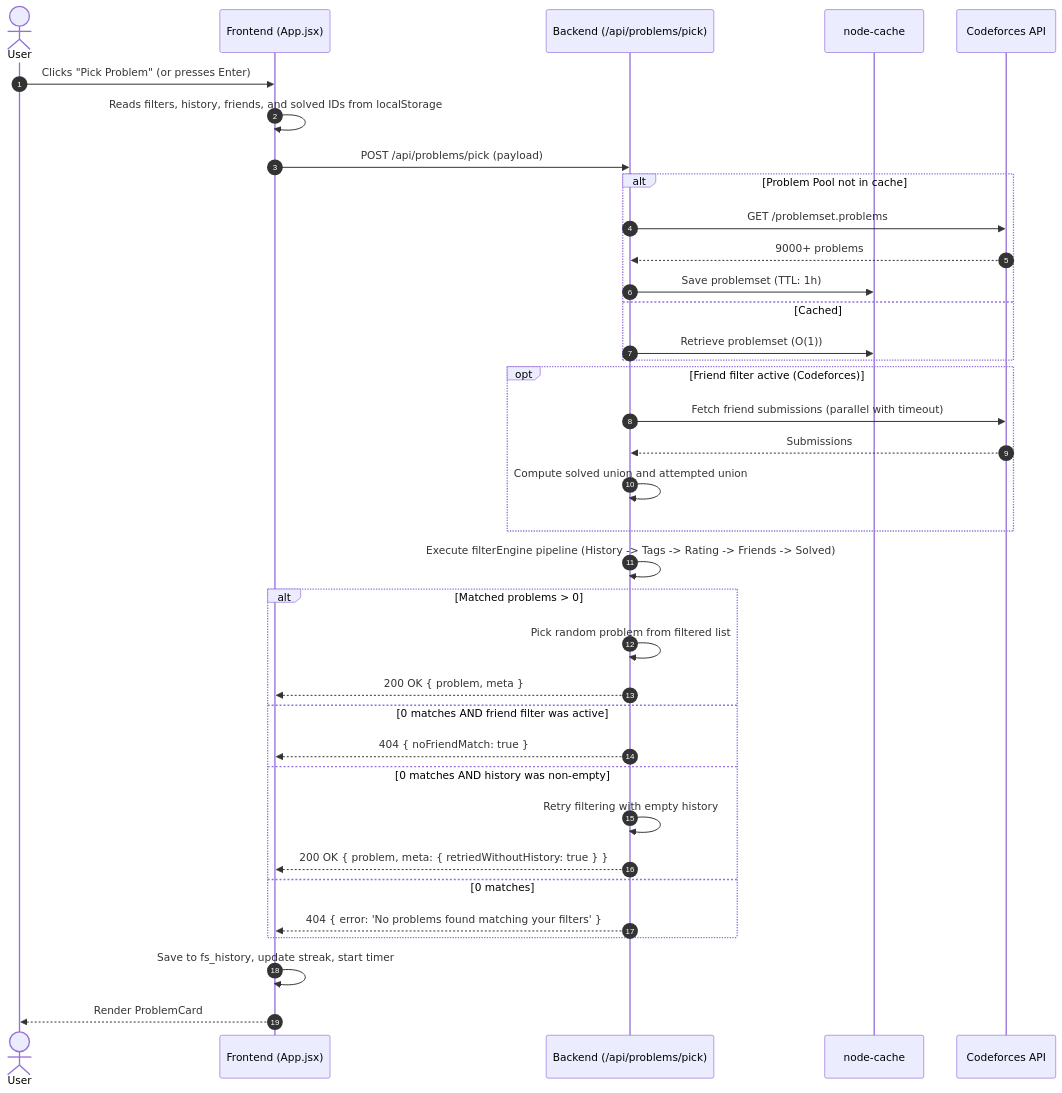
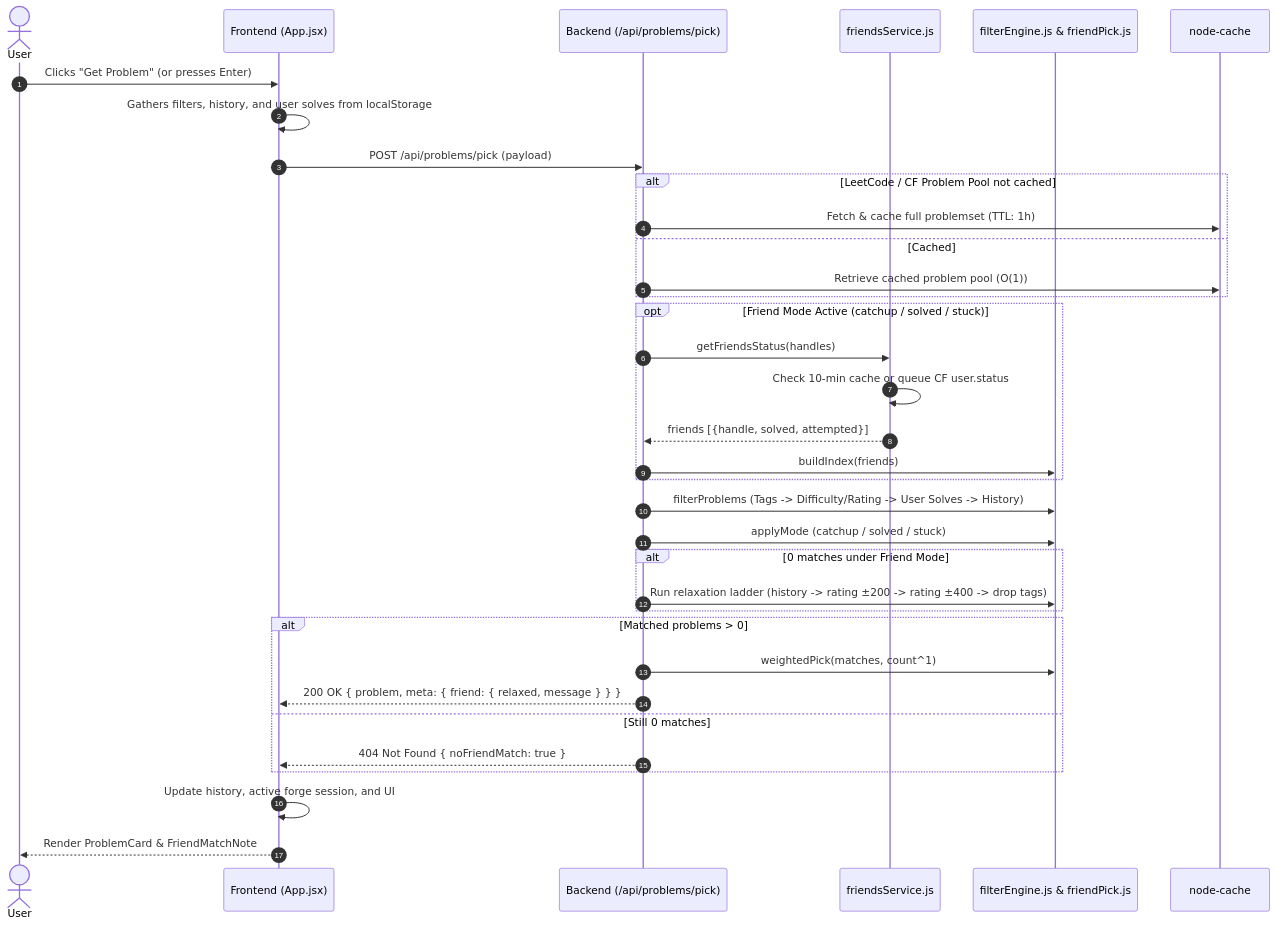
One commit to PranshuPujara/ForgeSolve changed the second of 2 diagrams in docs/ARCHITECTURE.md. Above: the diagram before and after it, drawn with Mermaid. The commit also changed other lines of this file and 5 other files, not shown here.

First line of the commit message:
docs: comprehensive update for friend-pick, LeetCode live API, solve checker, and CI

````diff
--- a/docs/ARCHITECTURE.md
+++ b/docs/ARCHITECTURE.md
@@ -76,44 +87,44 @@
 ```mermaid
 sequenceDiagram
     autonumber
     actor User
     participant Frontend as Frontend (App.jsx)
     participant Backend as Backend (/api/problems/pick)
+    participant FriendsSvc as friendsService.js
+    participant Engine as filterEngine.js & friendPick.js
     participant Cache as node-cache
-    participant CF as Codeforces API
 
-    User->>Frontend: Clicks "Pick Problem" (or presses Enter)
-    Frontend->>Frontend: Reads filters, history, friends, and solved IDs from localStorage
+    User->>Frontend: Clicks "Get Problem" (or presses Enter)
+    Frontend->>Frontend: Gathers filters, history, and user solves from localStorage
     Frontend->>Backend: POST /api/problems/pick (payload)
 
-    alt Problem Pool not in cache
-        Backend->>CF: GET /problemset.problems
-        CF-->>Backend: 9000+ problems
-        Backend->>Cache: Save problemset (TTL: 1h)
+    alt LeetCode / CF Problem Pool not cached
+        Backend->>Cache: Fetch & cache full problemset (TTL: 1h)
     else Cached
-        Backend->>Cache: Retrieve problemset (O(1))
+        Backend->>Cache: Retrieve cached problem pool (O(1))
     end
 
-    opt Friend filter active (Codeforces)
-        Backend->>CF: Fetch friend submissions (parallel with timeout)
-        CF-->>Backend: Submissions
-        Backend->>Backend: Compute solved union and attempted union
+    opt Friend Mode Active (catchup / solved / stuck)
+        Backend->>FriendsSvc: getFriendsStatus(handles)
+        FriendsSvc->>FriendsSvc: Check 10-min cache or queue CF user.status
+        FriendsSvc-->>Backend: friends [{handle, solved, attempted}]
+        Backend->>Engine: buildIndex(friends)
     end
 
-    Backend->>Backend: Execute filterEngine pipeline (History -> Tags -> Rating -> Friends -> Solved)
+    Backend->>Engine: filterProblems (Tags -> Difficulty/Rating -> User Solves -> History)
+    Backend->>Engine: applyMode (catchup / solved / stuck)
+
+    alt 0 matches under Friend Mode
+        Backend->>Engine: Run relaxation ladder (history -> rating ±200 -> rating ±400 -> drop tags)
+    end
 
     alt Matched problems > 0
-        Backend->>Backend: Pick random problem from filtered list
-        Backend-->>Frontend: 200 OK { problem, meta }
-    else 0 matches AND friend filter was active
-        Backend-->>Frontend: 404 { noFriendMatch: true }
-    else 0 matches AND history was non-empty
-        Backend->>Backend: Retry filtering with empty history
-        Backend-->>Frontend: 200 OK { problem, meta: { retriedWithoutHistory: true } }
-    else 0 matches
-        Backend-->>Frontend: 404 { error: 'No problems found matching your filters' }
+        Backend->>Engine: weightedPick(matches, count^1)
+        Backend-->>Frontend: 200 OK { problem, meta: { friend: { relaxed, message } } }
+    else Still 0 matches
+        Backend-->>Frontend: 404 Not Found { noFriendMatch: true }
     end
 
-    Frontend->>Frontend: Save to fs_history, update streak, start timer
-    Frontend-->>User: Render ProblemCard
+    Frontend->>Frontend: Update history, active forge session, and UI
+    Frontend-->>User: Render ProblemCard & FriendMatchNote
 ```
````
